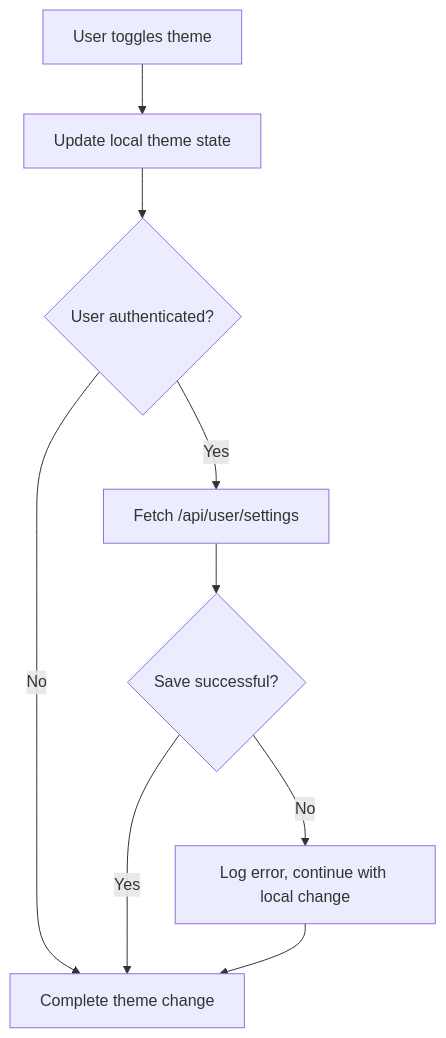
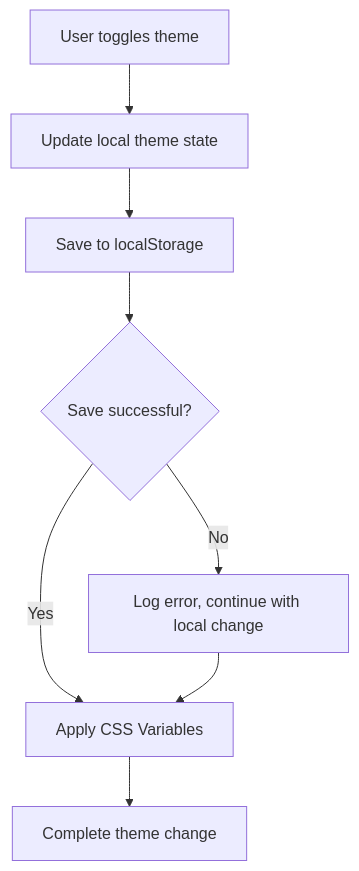
Before and after one commit to Brimstow/ThumPiks: diagram 20 of 21 in .qoder/repowiki/en/content/Frontend Architecture/State Management.md, drawn with Mermaid. The commit also changed other lines of this file and 900 other files, not shown here.

````diff
--- a/.qoder/repowiki/en/content/Frontend Architecture/State Management.md
+++ b/.qoder/repowiki/en/content/Frontend Architecture/State Management.md
@@ -300,11 +496,10 @@
 ```mermaid
 flowchart TD
 ToggleTheme["User toggles theme"] --> UpdateLocal["Update local theme state"]
-UpdateLocal --> Authenticated{"User authenticated?"}
-Authenticated --> |Yes| SaveRemote["Fetch /api/user/settings"]
-Authenticated --> |No| Complete["Complete theme change"]
-SaveRemote --> Success{"Save successful?"}
-Success --> |Yes| Complete
+UpdateLocal --> SaveLocal["Save to localStorage"]
+SaveLocal --> Success{"Save successful?"}
+Success --> |Yes| ApplyCSS["Apply CSS Variables"]
 Success --> |No| LogError["Log error, continue with local change"]
-LogError --> Complete
+LogError --> ApplyCSS
+ApplyCSS --> Complete["Complete theme change"]
 ```
````
